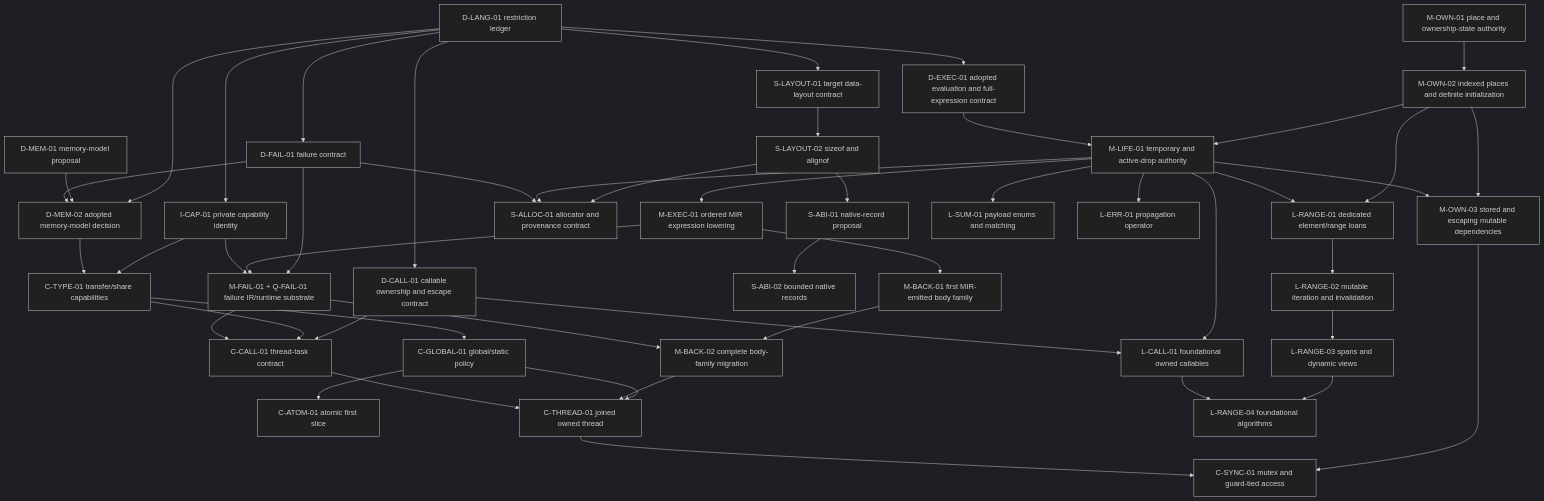
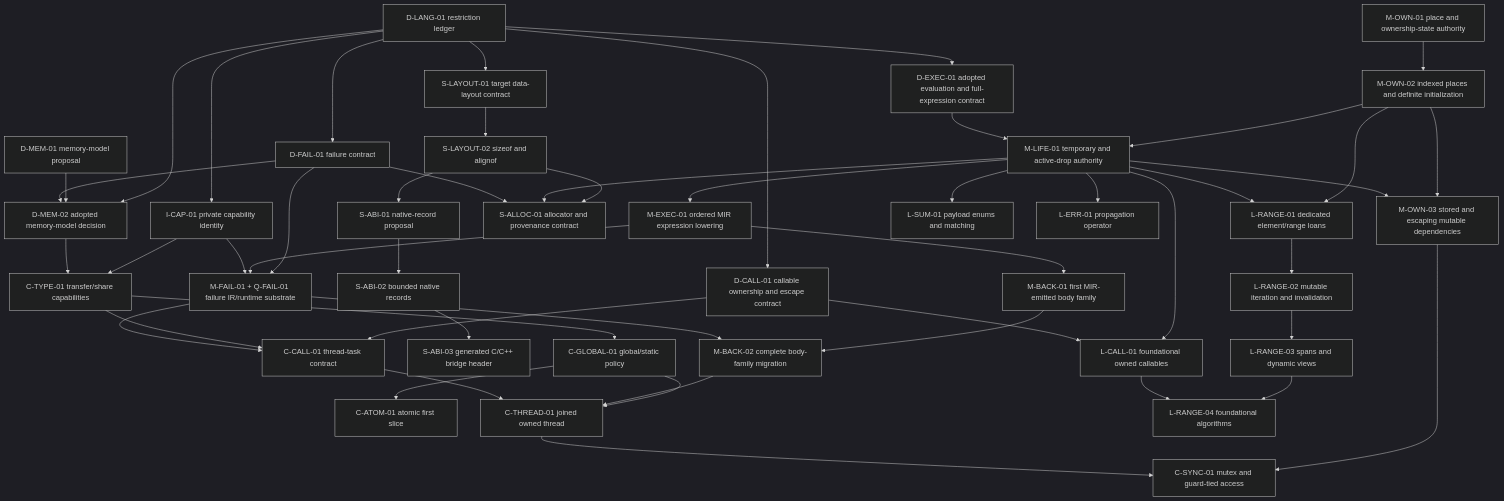
One commit to LukeHHA/gti changed the diagram in docs/plans/implementation-sequence.md. Above: the diagram before and after it, drawn with Mermaid (dark theme). The commit also changed other lines of this file and 31 other files, not shown here.

Commit message:
feat(language): add generated native bridge headers

````diff
--- a/docs/plans/implementation-sequence.md
+++ b/docs/plans/implementation-sequence.md
@@ -164,56 +164,57 @@
 ```mermaid
 flowchart TD
   R["D-LANG-01 restriction ledger"] --> MA["D-MEM-02 adopted memory-model decision"]
   MD["D-MEM-01 memory-model proposal"] --> MA
   R --> EO["D-EXEC-01 adopted evaluation and full-expression contract"]
   R --> FC["D-FAIL-01 failure contract"]
   FC --> MA
   R --> DC["D-CALL-01 callable ownership and escape contract"]
 
   PA["M-OWN-01 place and ownership-state authority"] --> IP["M-OWN-02 indexed places and definite initialization"]
   IP --> TD["M-LIFE-01 temporary and active-drop authority"]
   EO --> TD
   IP --> SD["M-OWN-03 stored and escaping mutable dependencies"]
   TD --> SD
   TD --> OE["M-EXEC-01 ordered MIR expression lowering"]
   FC --> MF["M-FAIL-01 + Q-FAIL-01 failure IR/runtime substrate"]
   OE --> MF
   OE --> MB1["M-BACK-01 first MIR-emitted body family"]
   MB1 --> MB2["M-BACK-02 complete body-family migration"]
   MF --> MB2
 
   R --> DL["S-LAYOUT-01 target data-layout contract"]
   DL --> SA["S-LAYOUT-02 sizeof and alignof"]
   SA --> NR["S-ABI-01 native-record proposal"]
   NR --> NRI["S-ABI-02 bounded native records"]
+  NRI --> NH["S-ABI-03 generated C/C++ bridge header"]
   SA --> AL["S-ALLOC-01 allocator and provenance contract"]
   TD --> AL
   FC --> AL
 
   R --> CP["I-CAP-01 private capability identity"]
   CP --> MF
   CP --> CT["C-TYPE-01 transfer/share capabilities"]
   MA --> CT
   CT --> CG["C-GLOBAL-01 global/static policy"]
   CG --> AT["C-ATOM-01 atomic first slice"]
   CG --> TH["C-THREAD-01 joined owned thread"]
   MB2 --> TH
   TD --> LC["L-CALL-01 foundational owned callables"]
   DC --> LC
   DC --> CC["C-CALL-01 thread-task contract"]
   CT --> CC
   MF --> CC
   CC --> TH
   SD --> MX["C-SYNC-01 mutex and guard-tied access"]
   TH --> MX
 
   IP --> RG["L-RANGE-01 dedicated element/range loans"]
   TD --> RG
   RG --> MI["L-RANGE-02 mutable iteration and invalidation"]
   MI --> VW["L-RANGE-03 spans and dynamic views"]
   VW --> ALG["L-RANGE-04 foundational algorithms"]
   LC --> ALG
 
   TD --> SUM["L-SUM-01 payload enums and matching"]
   TD --> Q["L-ERR-01 propagation operator"]
 ```
````
